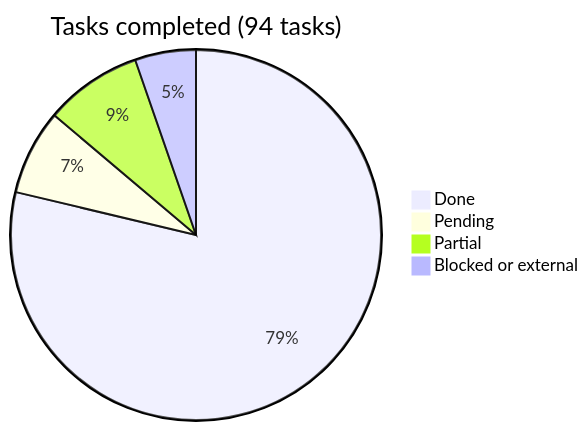
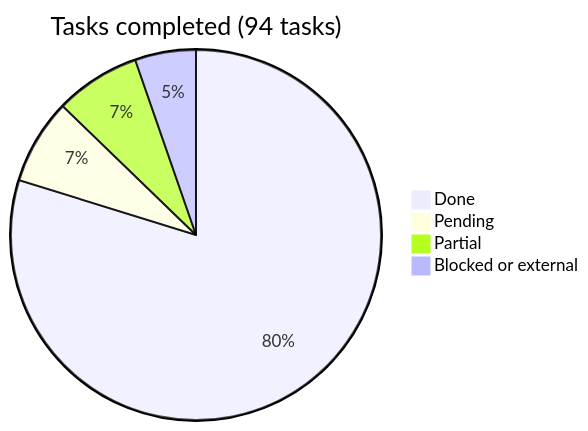
One commit to araguaney-lat/araguaney-app changed the diagram in docs/roadmap/README.md. Above: the diagram before and after it, drawn with Mermaid. The commit also changed other lines of this file and 18 other files, not shown here.

````diff
--- a/docs/roadmap/README.md
+++ b/docs/roadmap/README.md
@@ -16,7 +16,7 @@
 ```mermaid
 pie title Tasks completed (94 tasks)
-    "Done" : 74
+    "Done" : 75
     "Pending" : 7
-    "Partial" : 8
+    "Partial" : 7
     "Blocked or external" : 5
 ```
````
